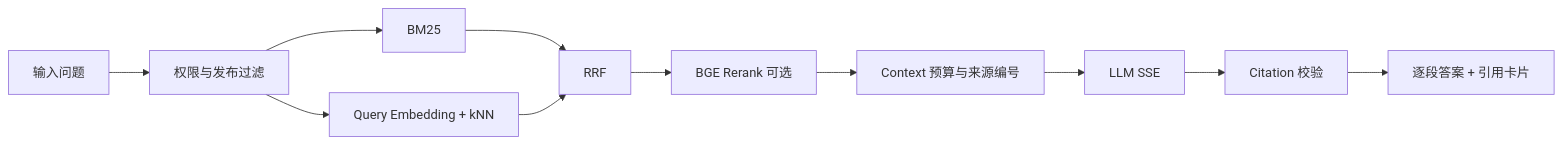
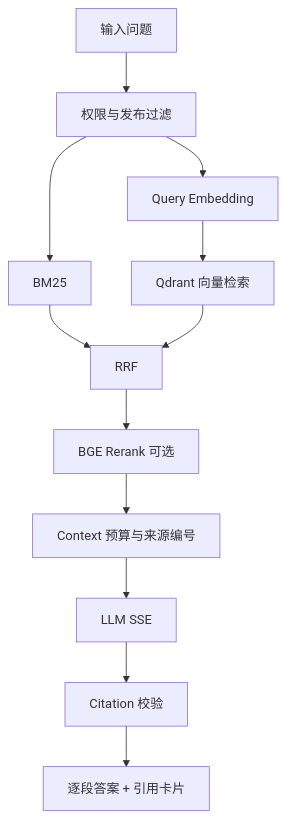
The third of 5 diagrams in opsAgent使用文档.md (djyking/opsagent), drawn with Mermaid before and after one commit. The commit also changed other lines of this file and 157 other files, not shown here.

````diff
--- a/opsAgent使用文档.md
+++ b/opsAgent使用文档.md
@@ -396,13 +411,14 @@
 ```mermaid
-flowchart LR
+flowchart TD
     A[输入问题] --> B[权限与发布过滤]
     B --> C[BM25]
-    B --> D[Query Embedding + kNN]
+    B --> D[Query Embedding]
+    D --> Q[Qdrant 向量检索]
     C --> E[RRF]
-    D --> E
+    Q --> E
     E --> F[BGE Rerank 可选]
     F --> G[Context 预算与来源编号]
     G --> H[LLM SSE]
     H --> I[Citation 校验]
     I --> J[逐段答案 + 引用卡片]
 ```
````
